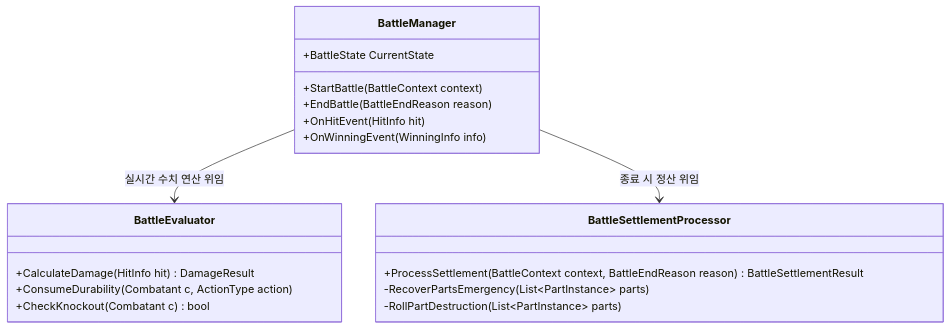
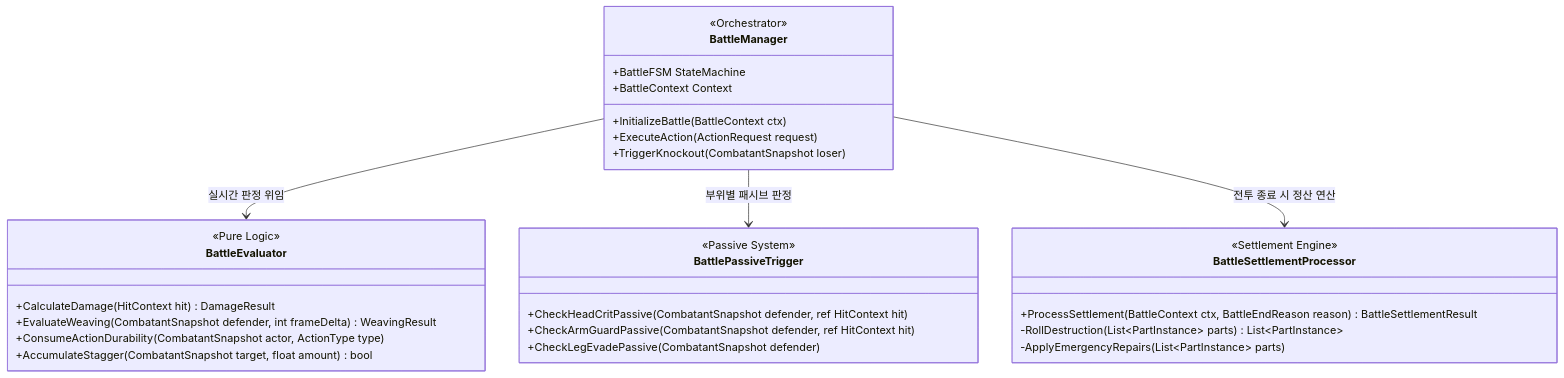
Before and after one commit to Kimdoeon52/2026_Com2us_Project: the second of 4 diagrams in BattleManager_Architecture.md, drawn with Mermaid. The commit also changed other lines of this file and 3 other files, not shown here.

First line of the commit message:
Add PartMasterData SO and update battle docs

````diff
--- a/BattleManager_Architecture.md
+++ b/BattleManager_Architecture.md
@@ -103,25 +247,37 @@
 ```mermaid
 classDiagram
     class BattleManager {
-        +BattleState CurrentState
-        +StartBattle(BattleContext context)
-        +EndBattle(BattleEndReason reason)
-        +OnHitEvent(HitInfo hit)
-        +OnWinningEvent(WinningInfo info)
+        <<Orchestrator>>
+        +BattleFSM StateMachine
+        +BattleContext Context
+        +InitializeBattle(BattleContext ctx)
+        +ExecuteAction(ActionRequest request)
+        +TriggerKnockout(CombatantSnapshot loser)
     }
 
     class BattleEvaluator {
-        +CalculateDamage(HitInfo hit) DamageResult
-        +ConsumeDurability(Combatant c, ActionType action)
-        +CheckKnockout(Combatant c) bool
+        <<Pure Logic>>
+        +CalculateDamage(HitContext hit) DamageResult
+        +EvaluateWeaving(CombatantSnapshot defender, int frameDelta) WeavingResult
+        +ConsumeActionDurability(CombatantSnapshot actor, ActionType type)
+        +AccumulateStagger(CombatantSnapshot target, float amount) bool
+    }
+
+    class BattlePassiveTrigger {
+        <<Passive System>>
+        +CheckHeadCritPassive(CombatantSnapshot defender, ref HitContext hit)
+        +CheckArmGuardPassive(CombatantSnapshot defender, ref HitContext hit)
+        +CheckLegEvadePassive(CombatantSnapshot defender)
     }
 
     class BattleSettlementProcessor {
-        +ProcessSettlement(BattleContext context, BattleEndReason reason) BattleSettlementResult
-        -RecoverPartsEmergency(List~PartInstance~ parts)
-        -RollPartDestruction(List~PartInstance~ parts)
+        <<Settlement Engine>>
+        +ProcessSettlement(BattleContext ctx, BattleEndReason reason) BattleSettlementResult
+        -RollDestruction(List~PartInstance~ parts) List~PartInstance~
+        -ApplyEmergencyRepairs(List~PartInstance~ parts)
     }
 
-    BattleManager --> BattleEvaluator : 실시간 수치 연산 위임
-    BattleManager --> BattleSettlementProcessor : 종료 시 정산 위임
+    BattleManager --> BattleEvaluator : 실시간 판정 위임
+    BattleManager --> BattlePassiveTrigger : 부위별 패시브 판정
+    BattleManager --> BattleSettlementProcessor : 전투 종료 시 정산 연산
 ```
````
